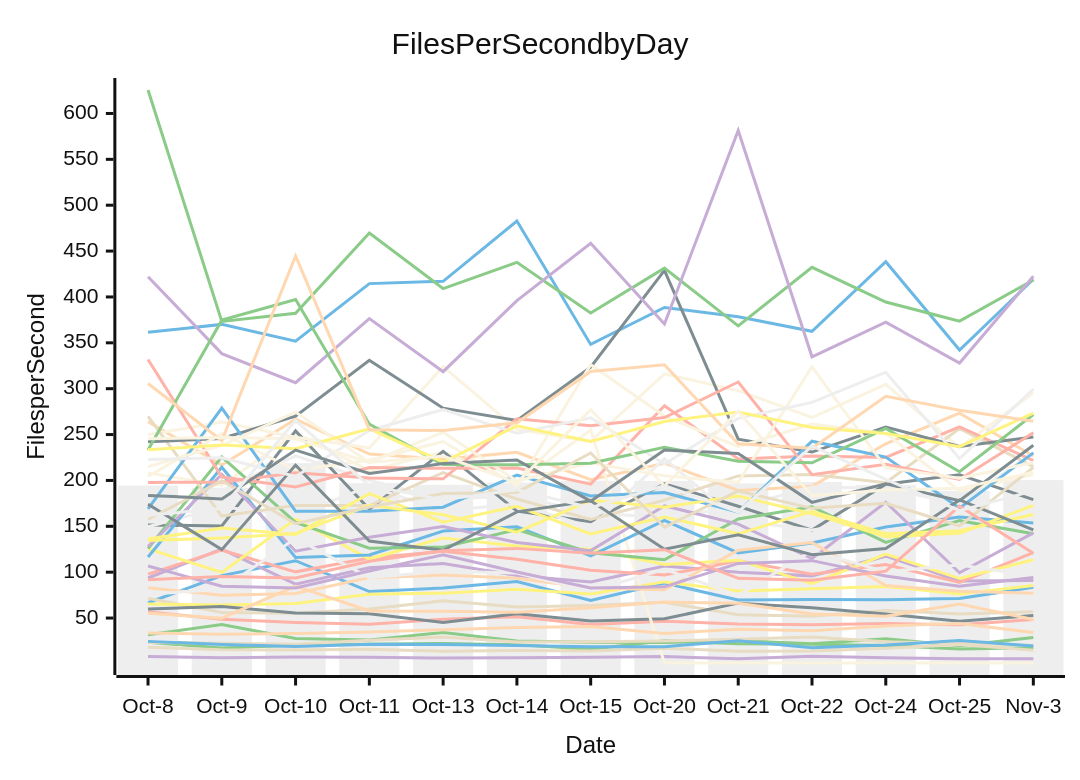
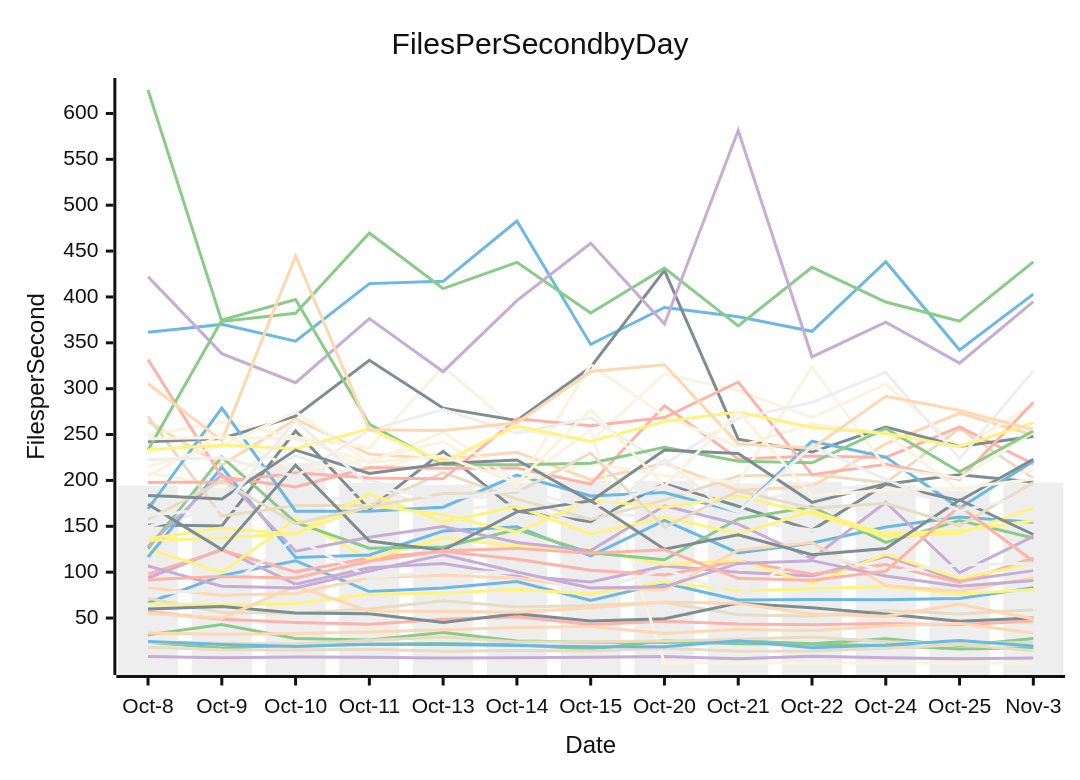
The diagram in perf-report.md (streetsidesoftware/cspell), drawn with Mermaid (neutral theme) before and after one commit. The commit also changed other lines of this file and 2 other files, not shown here.

````diff
--- a/perf-report.md
+++ b/perf-report.md
@@ -11,57 +11,57 @@
 ```mermaid
 xychart-beta
     title Files Per Second by Day
     y-axis Files per Second
     x-axis Date [Oct-8, Oct-9, Oct-10, Oct-11, Oct-13, Oct-14, Oct-15, Oct-20, Oct-21, Oct-22, Oct-24, Oct-25, Nov-3]
-    bar [194.39, 192.05, 218.83, 197.10, 195.24, 197.65, 199.65, 199.37, 196.79, 198.31, 195.08, 188.50, 200.38]
-    line [66.65, 96.25, 112.51, 78.91, 82.77, 89.92, 69.05, 88.06, 69.61, 70.25, 69.88, 71.42, 83.68]
-    line [23.58, 17.31, 20.37, 21.44, 22.38, 20.97, 16.04, 25.16, 22.03, 21.51, 20.05, 16.33, 17.62]
-    line [8.18, 6.76, 7.44, 7.30, 6.32, 6.65, 7.26, 7.96, 5.55, 8.36, 6.66, 5.63, 5.65]
-    line [71.61, 56.00, 55.29, 59.99, 68.80, 62.02, 63.75, 67.15, 53.54, 51.87, 58.31, 54.40, 56.83]
-    line [56.81, 48.66, 45.19, 43.33, 48.66, 51.39, 43.09, 46.53, 43.54, 42.59, 43.99, 42.66, 48.44]
-    line [65.37, 64.09, 65.74, 75.83, 77.12, 81.28, 76.22, 89.41, 79.60, 82.04, 84.51, 76.34, 85.39]
-    line [59.94, 62.62, 55.56, 54.77, 45.21, 54.60, 46.67, 49.27, 66.25, 61.14, 54.40, 46.46, 52.85]
-    line [264.14, 216.71, 266.75, 228.80, 223.08, 230.72, 200.81, 218.77, 189.13, 193.68, 239.98, 273.35, 226.70]
+    bar [194.39, 192.05, 218.83, 197.10, 195.24, 197.65, 199.65, 199.37, 196.79, 198.31, 195.08, 188.50, 197.53]
+    line [66.65, 96.25, 112.51, 78.91, 82.77, 89.92, 69.05, 88.06, 69.61, 70.25, 69.88, 71.42, 83.10]
+    line [23.58, 17.31, 20.37, 21.44, 22.38, 20.97, 16.04, 25.16, 22.03, 21.51, 20.05, 16.33, 17.58]
+    line [8.18, 6.76, 7.44, 7.30, 6.32, 6.65, 7.26, 7.96, 5.55, 8.36, 6.66, 5.63, 6.55]
+    line [71.61, 56.00, 55.29, 59.99, 68.80, 62.02, 63.75, 67.15, 53.54, 51.87, 58.31, 54.40, 59.05]
+    line [56.81, 48.66, 45.19, 43.33, 48.66, 51.39, 43.09, 46.53, 43.54, 42.59, 43.99, 42.66, 46.86]
+    line [65.37, 64.09, 65.74, 75.83, 77.12, 81.28, 76.22, 89.41, 79.60, 82.04, 84.51, 76.34, 81.22]
+    line [59.94, 62.62, 55.56, 54.77, 45.21, 54.60, 46.67, 49.27, 66.25, 61.14, 54.40, 46.46, 50.11]
+    line [264.14, 216.71, 266.75, 228.80, 223.08, 230.72, 200.81, 218.77, 189.13, 193.68, 239.98, 273.35, 249.43]
     line [208.25, 194.51, 251.63, 210.60, 231.31, 197.08, 254.89, 1.00, 1.00, 1.00, 1.00, 1.00, 1.00]
-    line [174.97, 189.16, 226.87, 200.18, 179.39, 183.41, 164.40, 159.49, 171.10, 192.78, 191.37, 174.29, 230.31]
-    line [361.47, 370.09, 351.86, 414.54, 417.07, 482.80, 348.28, 388.55, 378.31, 362.57, 438.35, 342.13, 419.26]
-    line [31.76, 42.94, 27.61, 25.97, 34.21, 25.09, 23.71, 23.43, 25.33, 21.92, 27.33, 19.75, 28.77]
-    line [93.63, 125.18, 87.00, 104.77, 109.42, 96.45, 89.22, 106.77, 99.95, 95.97, 117.43, 90.38, 91.06]
-    line [18.14, 15.49, 15.23, 15.94, 13.89, 14.53, 14.11, 17.05, 13.85, 14.03, 17.10, 21.05, 14.78]
-    line [97.90, 123.96, 100.36, 115.55, 122.73, 114.09, 102.09, 96.85, 112.31, 97.68, 108.35, 88.82, 121.26]
-    line [125.48, 99.76, 158.05, 114.31, 137.32, 128.51, 125.12, 108.27, 113.06, 87.44, 119.66, 93.04, 113.57]
-    line [151.43, 150.43, 254.02, 168.57, 231.71, 166.56, 155.07, 196.36, 171.90, 145.85, 195.93, 206.22, 179.01]
-    line [55.18, 49.90, 84.72, 57.64, 57.38, 56.41, 61.33, 67.41, 66.13, 54.31, 52.03, 65.25, 48.35]
-    line [249.77, 263.65, 247.10, 235.41, 323.97, 255.64, 242.67, 316.16, 297.94, 268.60, 304.78, 235.63, 295.54]
-    line [149.45, 170.98, 162.38, 193.61, 167.04, 174.22, 149.10, 223.58, 156.27, 146.04, 158.31, 152.20, 144.03]
-    line [116.53, 214.42, 116.00, 118.77, 144.83, 149.59, 117.74, 156.35, 121.08, 131.79, 149.18, 160.21, 153.65]
-    line [125.79, 225.70, 154.24, 126.07, 127.29, 146.49, 121.12, 113.50, 158.05, 171.36, 132.38, 156.15, 141.93]
-    line [127.97, 206.50, 122.84, 138.06, 149.67, 132.46, 123.48, 172.40, 152.34, 114.90, 176.25, 99.39, 142.80]
-    line [269.72, 161.18, 172.81, 172.65, 208.47, 179.72, 157.56, 178.54, 204.92, 206.57, 197.43, 256.60, 215.13]
-    line [331.74, 203.63, 192.81, 213.97, 213.28, 213.47, 195.94, 281.48, 223.48, 226.53, 225.12, 258.41, 221.71]
-    line [136.07, 148.26, 141.19, 185.69, 154.55, 171.82, 141.67, 160.22, 141.81, 166.38, 141.94, 145.19, 162.79]
-    line [242.23, 245.65, 270.12, 330.98, 278.79, 265.30, 323.42, 429.01, 245.01, 230.93, 258.25, 236.94, 247.28]
-    line [82.95, 74.90, 76.80, 94.05, 96.82, 93.39, 82.69, 80.94, 123.93, 132.34, 85.53, 79.17, 77.02]
-    line [204.22, 251.15, 211.26, 222.05, 242.35, 194.13, 326.19, 270.15, 236.87, 261.40, 251.33, 188.47, 206.44]
-    line [75.86, 81.29, 136.91, 94.03, 101.02, 99.02, 79.59, 103.01, 74.73, 123.30, 100.60, 107.93, 96.17]
-    line [168.97, 278.92, 166.54, 166.53, 170.79, 205.75, 183.07, 186.73, 165.39, 242.72, 225.43, 169.80, 230.01]
-    line [625.58, 373.38, 382.28, 469.75, 409.07, 437.77, 382.49, 431.43, 368.45, 432.30, 394.44, 373.62, 418.41]
-    line [422.03, 338.21, 306.48, 376.46, 318.53, 395.99, 458.46, 370.45, 581.53, 334.74, 372.46, 327.93, 422.47]
-    line [23.35, 22.45, 21.51, 25.71, 29.42, 23.92, 24.25, 24.95, 26.96, 29.32, 24.14, 22.37, 20.29]
-    line [197.76, 198.13, 208.30, 202.68, 201.79, 267.21, 259.65, 268.53, 307.28, 206.33, 217.49, 201.10, 251.87]
-    line [134.65, 137.28, 142.04, 172.94, 162.65, 143.57, 178.30, 170.91, 182.97, 163.77, 138.75, 142.39, 172.79]
-    line [173.95, 124.58, 216.72, 133.97, 123.87, 165.74, 177.89, 125.02, 140.68, 119.01, 125.81, 178.69, 145.99]
-    line [33.57, 32.29, 33.27, 34.79, 37.33, 39.68, 40.77, 33.11, 37.81, 36.24, 41.43, 44.03, 34.27]
-    line [215.08, 238.25, 274.47, 219.66, 252.51, 199.34, 218.85, 204.99, 197.92, 323.88, 213.93, 202.52, 219.58]
-    line [222.78, 224.66, 204.36, 254.42, 277.26, 251.58, 268.24, 217.93, 267.67, 285.04, 317.95, 223.78, 299.51]
-    line [24.57, 21.27, 19.07, 21.50, 21.24, 19.97, 18.63, 18.81, 25.32, 17.74, 20.58, 25.51, 19.51]
-    line [233.16, 374.71, 397.16, 261.34, 217.24, 217.08, 218.73, 236.08, 220.88, 219.16, 256.62, 209.53, 271.82]
-    line [106.68, 84.76, 82.82, 101.29, 118.90, 100.19, 82.72, 84.05, 109.59, 112.56, 95.92, 84.60, 94.18]
-    line [157.39, 199.58, 152.82, 170.97, 185.75, 186.96, 229.89, 148.98, 188.53, 169.56, 175.04, 150.51, 214.29]
-    line [91.76, 95.32, 93.61, 112.00, 123.43, 125.94, 120.60, 124.47, 93.34, 91.16, 101.08, 171.93, 120.54]
-    line [233.40, 238.56, 234.64, 256.33, 219.99, 259.48, 242.38, 264.24, 274.64, 257.62, 251.09, 236.85, 273.29]
-    line [183.70, 179.89, 233.14, 207.50, 218.41, 222.25, 177.43, 233.06, 229.37, 176.10, 196.37, 177.90, 238.43]
-    line [305.64, 243.36, 444.70, 255.37, 254.42, 262.77, 318.79, 326.00, 239.93, 235.04, 291.68, 276.40, 264.41]
-    line [245.51, 246.82, 245.36, 219.50, 226.50, 197.43, 277.21, 193.99, 275.35, 183.43, 189.64, 191.38, 209.02]
-    line [162.12, 169.35, 265.31, 194.05, 178.95, 189.91, 170.29, 194.31, 165.66, 237.49, 201.27, 167.00, 188.58]
+    line [174.97, 189.16, 226.87, 200.18, 179.39, 183.41, 164.40, 159.49, 171.10, 192.78, 191.37, 174.29, 217.96]
+    line [361.47, 370.09, 351.86, 414.54, 417.07, 482.80, 348.28, 388.55, 378.31, 362.57, 438.35, 342.13, 403.12]
+    line [31.76, 42.94, 27.61, 25.97, 34.21, 25.09, 23.71, 23.43, 25.33, 21.92, 27.33, 19.75, 27.62]
+    line [93.63, 125.18, 87.00, 104.77, 109.42, 96.45, 89.22, 106.77, 99.95, 95.97, 117.43, 90.38, 101.68]
+    line [18.14, 15.49, 15.23, 15.94, 13.89, 14.53, 14.11, 17.05, 13.85, 14.03, 17.10, 21.05, 14.31]
+    line [97.90, 123.96, 100.36, 115.55, 122.73, 114.09, 102.09, 96.85, 112.31, 97.68, 108.35, 88.82, 115.43]
+    line [125.48, 99.76, 158.05, 114.31, 137.32, 128.51, 125.12, 108.27, 113.06, 87.44, 119.66, 93.04, 109.58]
+    line [151.43, 150.43, 254.02, 168.57, 231.71, 166.56, 155.07, 196.36, 171.90, 145.85, 195.93, 206.22, 198.17]
+    line [55.18, 49.90, 84.72, 57.64, 57.38, 56.41, 61.33, 67.41, 66.13, 54.31, 52.03, 65.25, 49.02]
+    line [249.77, 263.65, 247.10, 235.41, 323.97, 255.64, 242.67, 316.16, 297.94, 268.60, 304.78, 235.63, 281.78]
+    line [149.45, 170.98, 162.38, 193.61, 167.04, 174.22, 149.10, 223.58, 156.27, 146.04, 158.31, 152.20, 144.51]
+    line [116.53, 214.42, 116.00, 118.77, 144.83, 149.59, 117.74, 156.35, 121.08, 131.79, 149.18, 160.21, 154.52]
+    line [125.79, 225.70, 154.24, 126.07, 127.29, 146.49, 121.12, 113.50, 158.05, 171.36, 132.38, 156.15, 137.28]
+    line [127.97, 206.50, 122.84, 138.06, 149.67, 132.46, 123.48, 172.40, 152.34, 114.90, 176.25, 99.39, 139.03]
+    line [269.72, 161.18, 172.81, 172.65, 208.47, 179.72, 157.56, 178.54, 204.92, 206.57, 197.43, 256.60, 202.25]
+    line [331.74, 203.63, 192.81, 213.97, 213.28, 213.47, 195.94, 281.48, 223.48, 226.53, 225.12, 258.41, 217.89]
+    line [136.07, 148.26, 141.19, 185.69, 154.55, 171.82, 141.67, 160.22, 141.81, 166.38, 141.94, 145.19, 156.42]
+    line [242.23, 245.65, 270.12, 330.98, 278.79, 265.30, 323.42, 429.01, 245.01, 230.93, 258.25, 236.94, 247.84]
+    line [82.95, 74.90, 76.80, 94.05, 96.82, 93.39, 82.69, 80.94, 123.93, 132.34, 85.53, 79.17, 93.87]
+    line [204.22, 251.15, 211.26, 222.05, 242.35, 194.13, 326.19, 270.15, 236.87, 261.40, 251.33, 188.47, 211.71]
+    line [75.86, 81.29, 136.91, 94.03, 101.02, 99.02, 79.59, 103.01, 74.73, 123.30, 100.60, 107.93, 109.66]
+    line [168.97, 278.92, 166.54, 166.53, 170.79, 205.75, 183.07, 186.73, 165.39, 242.72, 225.43, 169.80, 221.29]
+    line [625.58, 373.38, 382.28, 469.75, 409.07, 437.77, 382.49, 431.43, 368.45, 432.30, 394.44, 373.62, 438.31]
+    line [422.03, 338.21, 306.48, 376.46, 318.53, 395.99, 458.46, 370.45, 581.53, 334.74, 372.46, 327.93, 394.96]
+    line [23.35, 22.45, 21.51, 25.71, 29.42, 23.92, 24.25, 24.95, 26.96, 29.32, 24.14, 22.37, 23.30]
+    line [197.76, 198.13, 208.30, 202.68, 201.79, 267.21, 259.65, 268.53, 307.28, 206.33, 217.49, 201.10, 285.18]
+    line [134.65, 137.28, 142.04, 172.94, 162.65, 143.57, 178.30, 170.91, 182.97, 163.77, 138.75, 142.39, 169.82]
+    line [173.95, 124.58, 216.72, 133.97, 123.87, 165.74, 177.89, 125.02, 140.68, 119.01, 125.81, 178.69, 141.07]
+    line [33.57, 32.29, 33.27, 34.79, 37.33, 39.68, 40.77, 33.11, 37.81, 36.24, 41.43, 44.03, 33.69]
+    line [215.08, 238.25, 274.47, 219.66, 252.51, 199.34, 218.85, 204.99, 197.92, 323.88, 213.93, 202.52, 252.23]
+    line [222.78, 224.66, 204.36, 254.42, 277.26, 251.58, 268.24, 217.93, 267.67, 285.04, 317.95, 223.78, 319.42]
+    line [24.57, 21.27, 19.07, 21.50, 21.24, 19.97, 18.63, 18.81, 25.32, 17.74, 20.58, 25.51, 19.46]
+    line [233.16, 374.71, 397.16, 261.34, 217.24, 217.08, 218.73, 236.08, 220.88, 219.16, 256.62, 209.53, 254.06]
+    line [106.68, 84.76, 82.82, 101.29, 118.90, 100.19, 82.72, 84.05, 109.59, 112.56, 95.92, 84.60, 91.01]
+    line [157.39, 199.58, 152.82, 170.97, 185.75, 186.96, 229.89, 148.98, 188.53, 169.56, 175.04, 150.51, 197.71]
+    line [91.76, 95.32, 93.61, 112.00, 123.43, 125.94, 120.60, 124.47, 93.34, 91.16, 101.08, 171.93, 111.86]
+    line [233.40, 238.56, 234.64, 256.33, 219.99, 259.48, 242.38, 264.24, 274.64, 257.62, 251.09, 236.85, 262.94]
+    line [183.70, 179.89, 233.14, 207.50, 218.41, 222.25, 177.43, 233.06, 229.37, 176.10, 196.37, 177.90, 223.12]
+    line [305.64, 243.36, 444.70, 255.37, 254.42, 262.77, 318.79, 326.00, 239.93, 235.04, 291.68, 276.40, 255.29]
+    line [245.51, 246.82, 245.36, 219.50, 226.50, 197.43, 277.21, 193.99, 275.35, 183.43, 189.64, 191.38, 201.59]
+    line [162.12, 169.35, 265.31, 194.05, 178.95, 189.91, 170.29, 194.31, 165.66, 237.49, 201.27, 167.00, 183.56]
 ```
````
